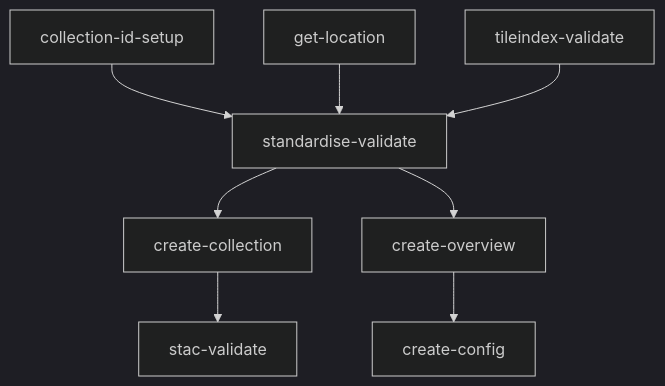
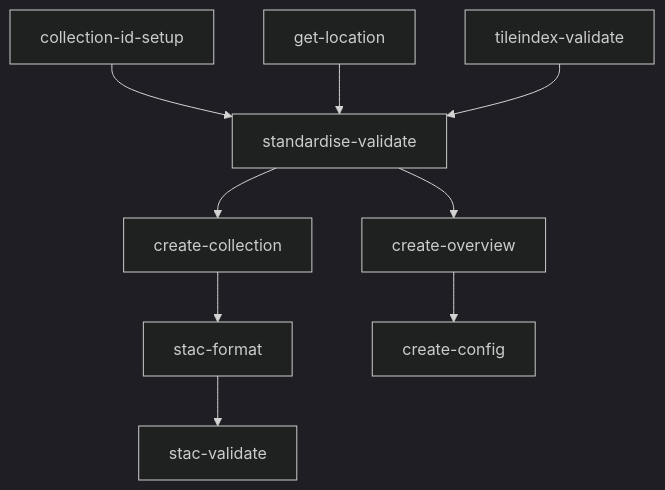
One commit to linz/topo-workflows changed the first of 2 diagrams in workflows/imagery/README.md. Above: the diagram before and after it, drawn with Mermaid (dark theme). The commit also changed 2 other files, not shown here.

Commit message:
feat: format (pretty-print) STAC files TDE-759

````diff
--- a/workflows/imagery/README.md
+++ b/workflows/imagery/README.md
@@ -101,10 +101,10 @@
 ```mermaid
 graph TD;
     collection-id-setup-->standardise-validate;
     get-location-->standardise-validate;
     tileindex-validate-->standardise-validate;
     standardise-validate-->create-collection;
     standardise-validate-->create-overview;
-    create-collection-->stac-validate;
+    create-collection-->stac-format-->stac-validate;
     create-overview-->create-config;
 ```
````
